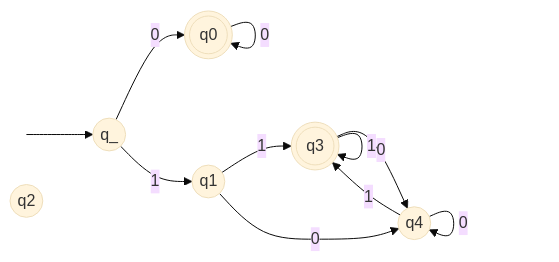
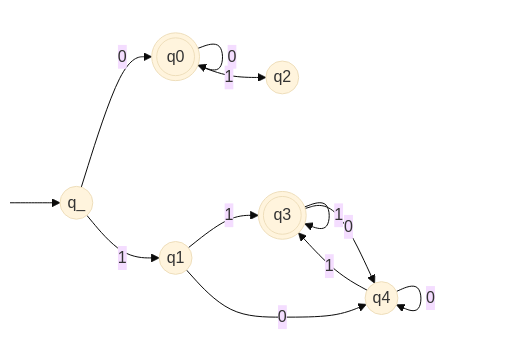
The diagram in sem3/TIN/UE/bf/TI-bf-u04.md (bfeitknecht/vault), drawn with Mermaid (base theme) before and after one commit.

Commit message:
backup: 2024-10-15T15:40:07+02:00 from MacBook Pro (echo)
Affected files:
sem3/TIN/UE/bf/TI-bf-u04.md

````diff
--- a/sem3/TIN/UE/bf/TI-bf-u04.md
+++ b/sem3/TIN/UE/bf/TI-bf-u04.md
@@ -22,27 +22,29 @@
 ```mermaid
 flowchart LR
 
 classDef hidden display: none;
 
 S:::hidden
 
 q_((q_))
 q0(((q0)))
 q1((q1))
 q2((q2))
 q3(((q3)))
 q4((q4))
 
 
 S --> q_
 
 q_ -->|"0"| q0
 q_ -->|"1"| q1
 
 q1 -->|"1"| q3 -->|"1"| q3
 q1 -->|"0"| q4
-q3 -->|"0"| q4 -->|"0"| q4 -->|"1"| q3
 
-q0 -->|"0"| q0
+q3 -->|"0"| q4 -->|"1"| q3 
+q4 -->|"0"| q4
+
+q0 -->|"0"| q0 -->|"1"| q2
 
 ```
````
